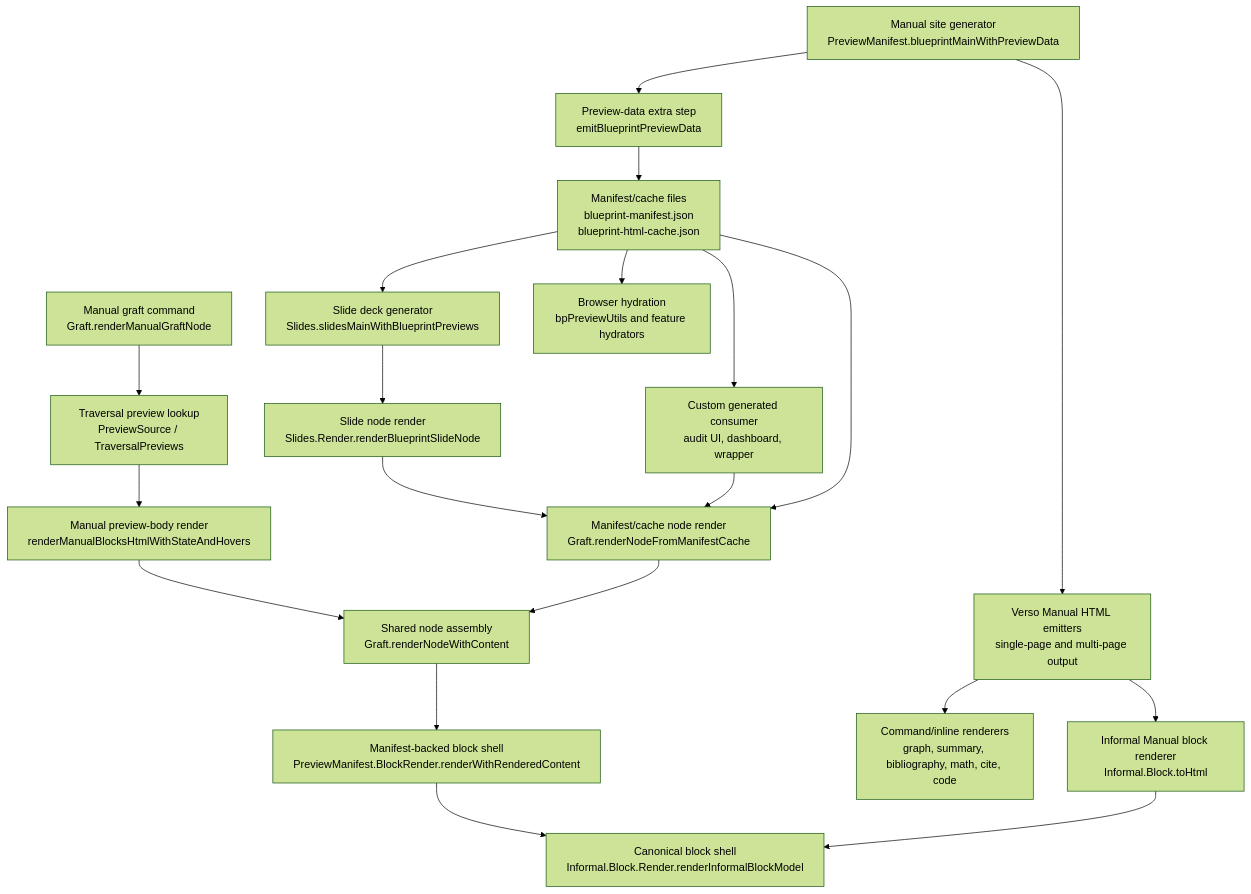
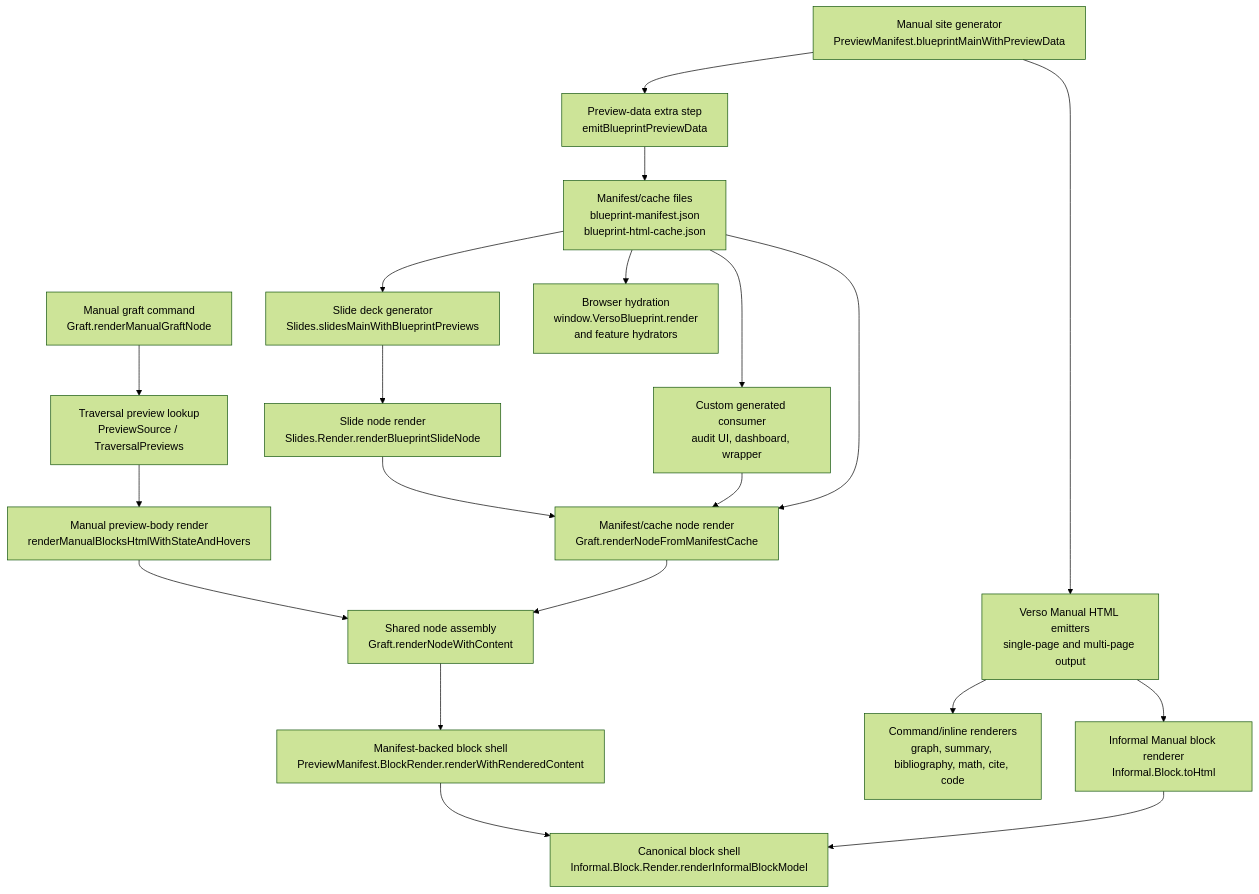
The second of 2 diagrams in doc/DESIGN_RATIONALE.md (eric-vergo/Showcase), drawn with Mermaid (forest theme) before and after one commit. The commit also changed other lines of this file and 16 other files, not shown here.

Commit message:
refactor: unify blueprint preview runtime API

````diff
--- a/doc/DESIGN_RATIONALE.md
+++ b/doc/DESIGN_RATIONALE.md
@@ -215,44 +217,44 @@
 ```mermaid
 flowchart TD
   manualMain["Manual site generator<br/>PreviewManifest.blueprintMainWithPreviewData"]
   versoEmit["Verso Manual HTML emitters<br/>single-page and multi-page output"]
   informalManual["Informal Manual block renderer<br/>Informal.Block.toHtml"]
   commandRenderers["Command/inline renderers<br/>graph, summary, bibliography, math, cite, code"]
   previewExtra["Preview-data extra step<br/>emitBlueprintPreviewData"]
   previewFiles["Manifest/cache files<br/>blueprint-manifest.json<br/>blueprint-html-cache.json"]
 
   manualGraft["Manual graft command<br/>Graft.renderManualGraftNode"]
   traversalPreview["Traversal preview lookup<br/>PreviewSource / TraversalPreviews"]
   manualPreviewHtml["Manual preview-body render<br/>renderManualBlocksHtmlWithStateAndHovers"]
 
   slideMain["Slide deck generator<br/>Slides.slidesMainWithBlueprintPreviews"]
   slideRender["Slide node render<br/>Slides.Render.renderBlueprintSlideNode"]
   customRender["Custom generated consumer<br/>audit UI, dashboard, wrapper"]
   graftCache["Manifest/cache node render<br/>Graft.renderNodeFromManifestCache"]
   graftContent["Shared node assembly<br/>Graft.renderNodeWithContent"]
   manifestBlock["Manifest-backed block shell<br/>PreviewManifest.BlockRender.renderWithRenderedContent"]
   blockShell["Canonical block shell<br/>Informal.Block.Render.renderInformalBlockModel"]
-  browserRuntime["Browser hydration<br/>bpPreviewUtils and feature hydrators"]
+  browserRuntime["Browser hydration<br/>window.VersoBlueprint.render<br/>and feature hydrators"]
 
   manualMain --> versoEmit
   versoEmit --> informalManual
   versoEmit --> commandRenderers
   manualMain --> previewExtra
   previewExtra --> previewFiles
 
   manualGraft --> traversalPreview
   traversalPreview --> manualPreviewHtml
   manualPreviewHtml --> graftContent
 
   previewFiles --> slideMain
   slideMain --> slideRender
   slideRender --> graftCache
   previewFiles --> customRender
   customRender --> graftCache
   previewFiles --> graftCache
   graftCache --> graftContent
   graftContent --> manifestBlock
   manifestBlock --> blockShell
   informalManual --> blockShell
   previewFiles --> browserRuntime
 ```
````
